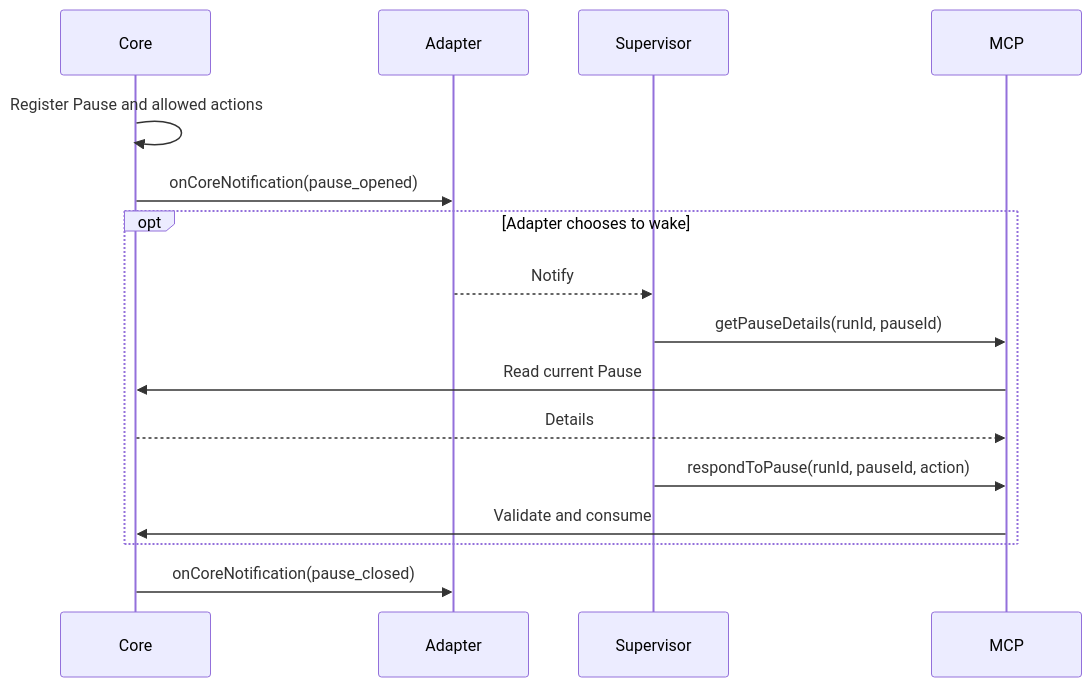
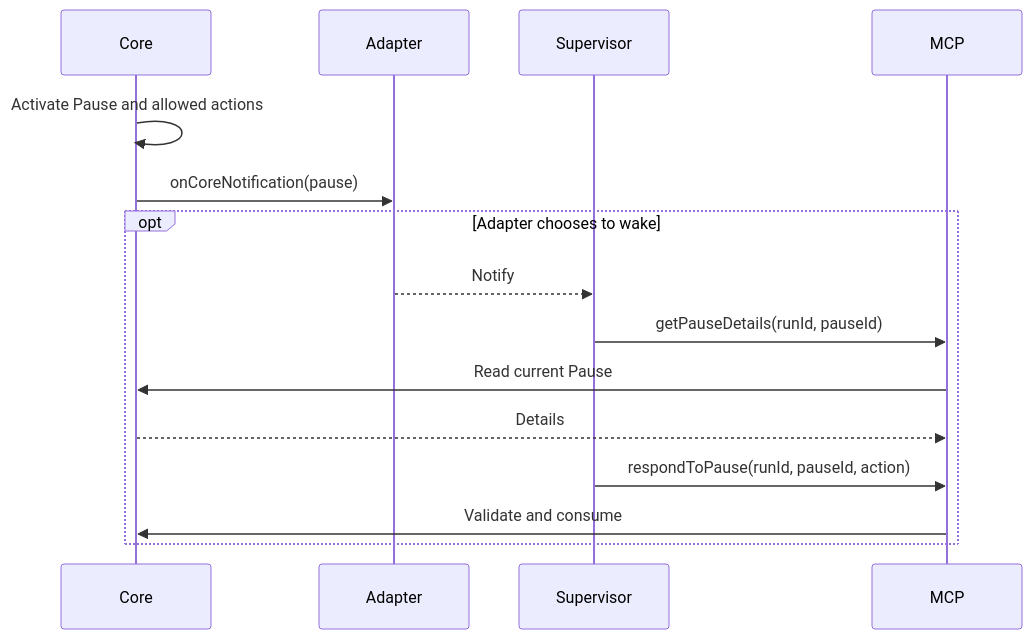
Before and after one commit to BuddyLabsCo/issue-runner-core: the fifth of 6 diagrams in docs/terminal-contract.md, drawn with Mermaid. The commit also changed other lines of this file, not shown here.

Commit message:
docs: simplify notifications to pause and completion milestones

````diff
--- a/docs/terminal-contract.md
+++ b/docs/terminal-contract.md
@@ -566,18 +549,17 @@
 ```mermaid
 sequenceDiagram
     participant Core
     participant Adapter
     participant Supervisor
     participant MCP
-    Core->>Core: Register Pause and allowed actions
-    Core->>Adapter: onCoreNotification(pause_opened)
+    Core->>Core: Activate Pause and allowed actions
+    Core->>Adapter: onCoreNotification(pause)
     opt Adapter chooses to wake
         Adapter-->>Supervisor: Notify
         Supervisor->>MCP: getPauseDetails(runId, pauseId)
         MCP->>Core: Read current Pause
         Core-->>MCP: Details
         Supervisor->>MCP: respondToPause(runId, pauseId, action)
         MCP->>Core: Validate and consume
     end
-    Core->>Adapter: onCoreNotification(pause_closed)
 ```
````
